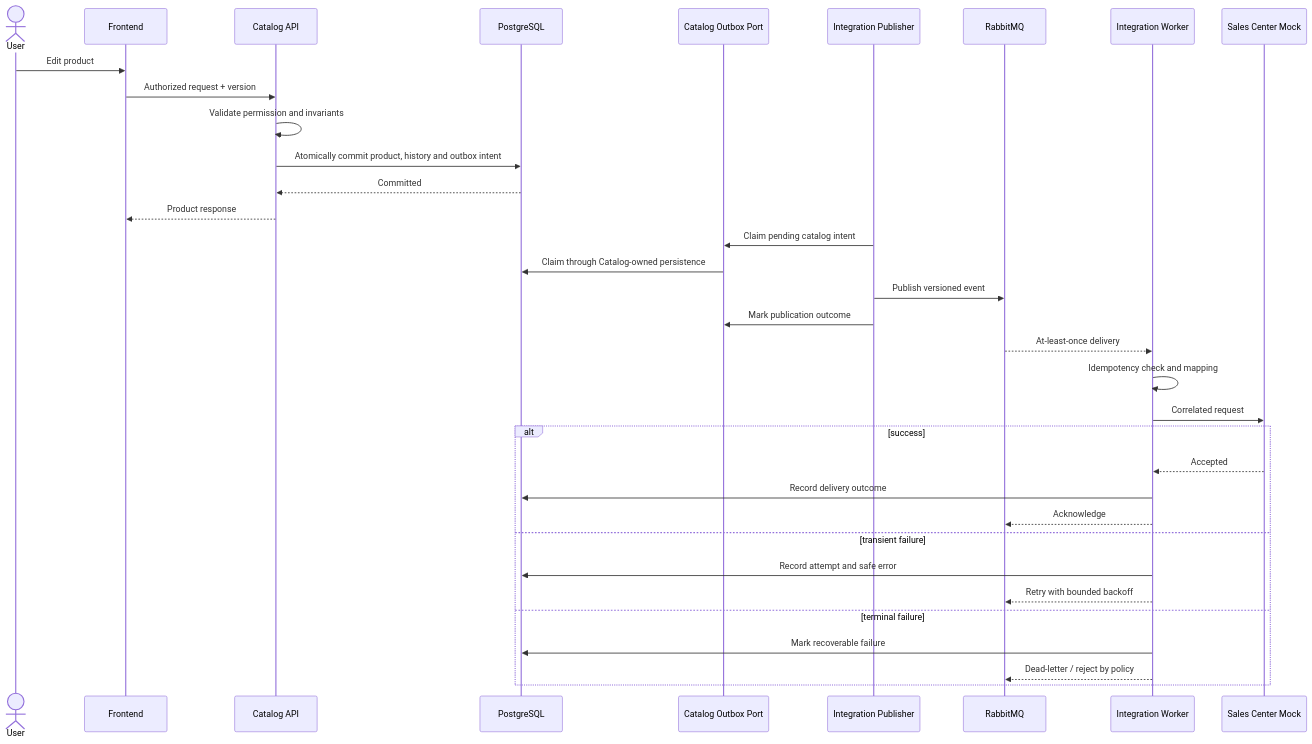
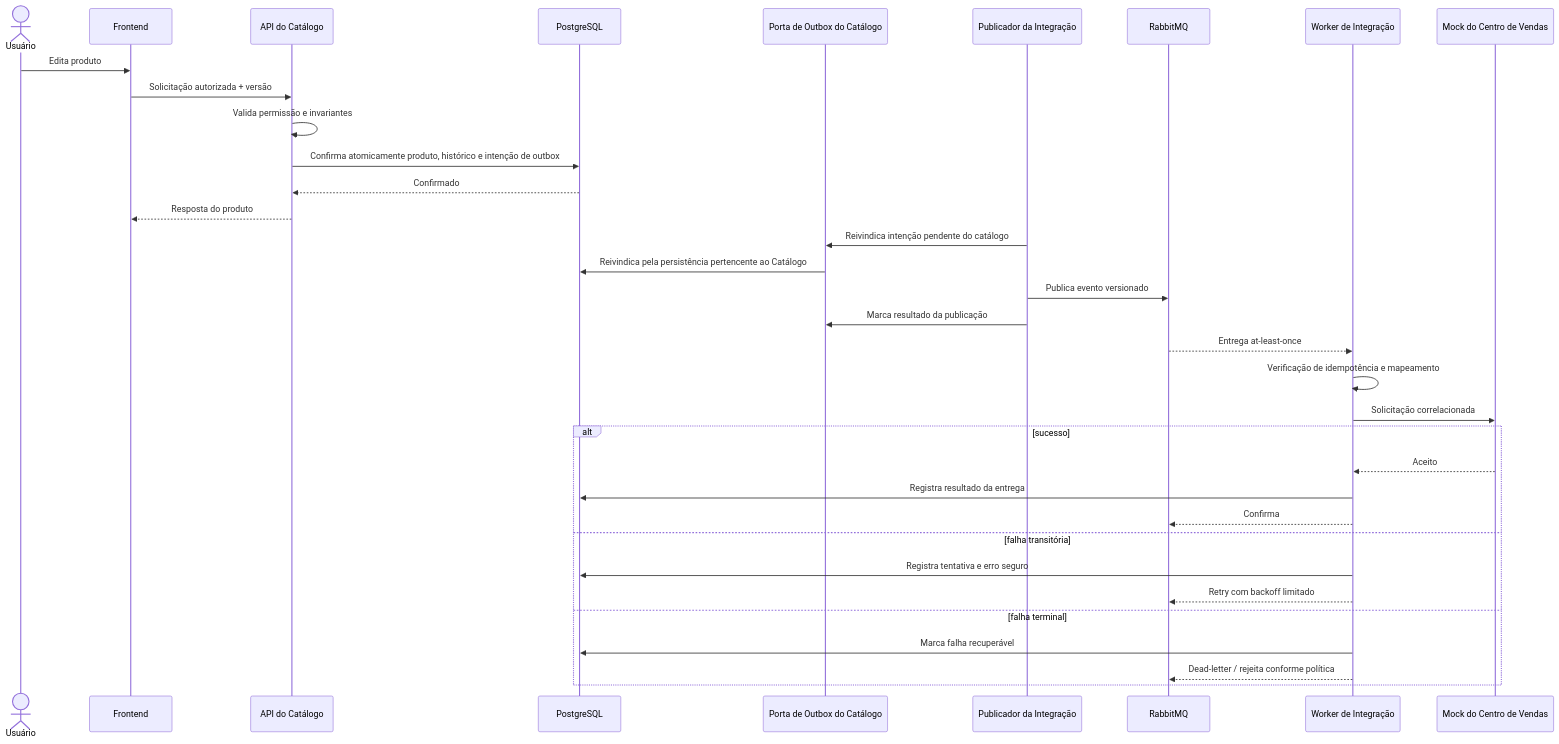
The third of 4 diagrams in docs/ARCHITECTURE.md (SYTEF/AEGIS), drawn with Mermaid before and after one commit. The commit also changed other lines of this file and 15 other files, not shown here.

````diff
--- a/docs/ARCHITECTURE.md
+++ b/docs/ARCHITECTURE.md
@@ -133,37 +133,37 @@
-```mermaid
+~~~mermaid
 sequenceDiagram
-    actor User
+    actor User as Usuário
     participant UI as Frontend
-    participant CAT as Catalog API
+    participant CAT as API do Catálogo
     participant DB as PostgreSQL
-    participant OUT as Catalog Outbox Port
-    participant PUB as Integration Publisher
+    participant OUT as Porta de Outbox do Catálogo
+    participant PUB as Publicador da Integração
     participant MQ as RabbitMQ
-    participant W as Integration Worker
-    participant EXT as Sales Center Mock
+    participant W as Worker de Integração
+    participant EXT as Mock do Centro de Vendas
 
-    User->>UI: Edit product
-    UI->>CAT: Authorized request + version
-    CAT->>CAT: Validate permission and invariants
-    CAT->>DB: Atomically commit product, history and outbox intent
-    DB-->>CAT: Committed
-    CAT-->>UI: Product response
-    PUB->>OUT: Claim pending catalog intent
-    OUT->>DB: Claim through Catalog-owned persistence
-    PUB->>MQ: Publish versioned event
-    PUB->>OUT: Mark publication outcome
-    MQ-->>W: At-least-once delivery
-    W->>W: Idempotency check and mapping
-    W->>EXT: Correlated request
-    alt success
-        EXT-->>W: Accepted
-        W->>DB: Record delivery outcome
-        W-->>MQ: Acknowledge
-    else transient failure
-        W->>DB: Record attempt and safe error
-        W-->>MQ: Retry with bounded backoff
-    else terminal failure
-        W->>DB: Mark recoverable failure
-        W-->>MQ: Dead-letter / reject by policy
+    User->>UI: Edita produto
+    UI->>CAT: Solicitação autorizada + versão
+    CAT->>CAT: Valida permissão e invariantes
+    CAT->>DB: Confirma atomicamente produto, histórico e intenção de outbox
+    DB-->>CAT: Confirmado
+    CAT-->>UI: Resposta do produto
+    PUB->>OUT: Reivindica intenção pendente do catálogo
+    OUT->>DB: Reivindica pela persistência pertencente ao Catálogo
+    PUB->>MQ: Publica evento versionado
+    PUB->>OUT: Marca resultado da publicação
+    MQ-->>W: Entrega at-least-once
+    W->>W: Verificação de idempotência e mapeamento
+    W->>EXT: Solicitação correlacionada
+    alt sucesso
+        EXT-->>W: Aceito
+        W->>DB: Registra resultado da entrega
+        W-->>MQ: Confirma
+    else falha transitória
+        W->>DB: Registra tentativa e erro seguro
+        W-->>MQ: Retry com backoff limitado
+    else falha terminal
+        W->>DB: Marca falha recuperável
+        W-->>MQ: Dead-letter / rejeita conforme política
     end
-```
+~~~
````
